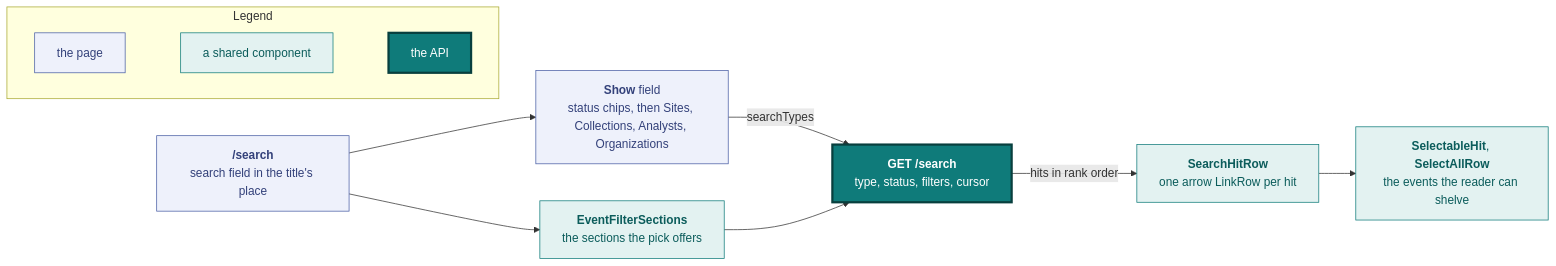
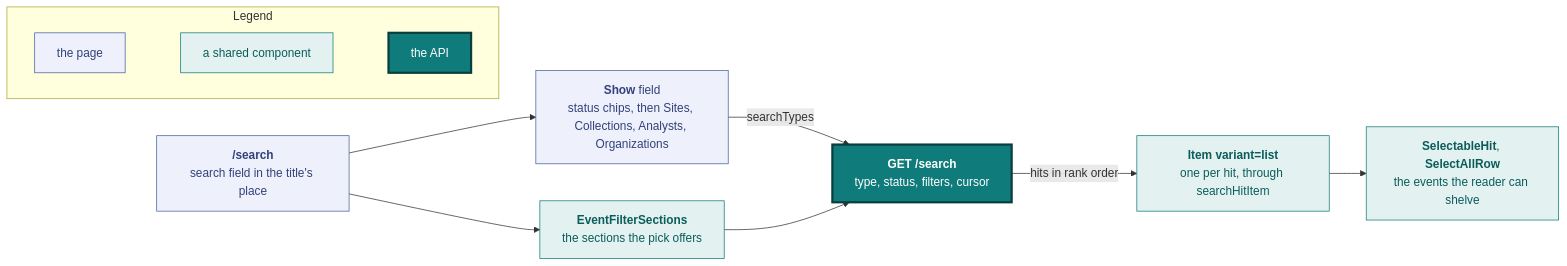
One commit to vidithq/vidit changed diagram 20 of 23 in docs/design.md. Above: the diagram before and after it, drawn with Mermaid. The commit also changed other lines of this file and 1 other file, not shown here.

Commit message:
docs(design): one Items section for the item component

````diff
--- a/docs/design.md
+++ b/docs/design.md
@@ -1892,34 +1948,34 @@
 ```mermaid
 flowchart LR
   classDef spec fill:#eef1fb,stroke:#4a5fa5,color:#33417a
   classDef shared fill:#e3f2f1,stroke:#0f7b7a,color:#0b5c5b
   classDef core fill:#0f7b7a,stroke:#083f3e,stroke-width:3px,color:#ffffff
 
   subgraph legend [Legend]
     direction LR
     l1["`the page`"]:::spec
     l2["`a shared component`"]:::shared
     l3["`the API`"]:::core
     l1 ~~~ l2 ~~~ l3
   end
 
   page["`**/search**
   search field in the title's place`"]:::spec
   show["`**Show** field
   status chips, then Sites, Collections, Analysts, Organizations`"]:::spec
   panel["`**EventFilterSections**
   the sections the pick offers`"]:::shared
-  rows["`**SearchHitRow**
-  one arrow LinkRow per hit`"]:::shared
+  rows["`**Item variant=list**
+  one per hit, through searchHitItem`"]:::shared
   select["`**SelectableHit**, **SelectAllRow**
   the events the reader can shelve`"]:::shared
   api["`**GET /search**
   type, status, filters, cursor`"]:::core
 
   page --> show
   page --> panel
   show -->|"searchTypes"| api
   panel --> api
   api -->|"hits in rank order"| rows
   rows --> select
 ```
````
